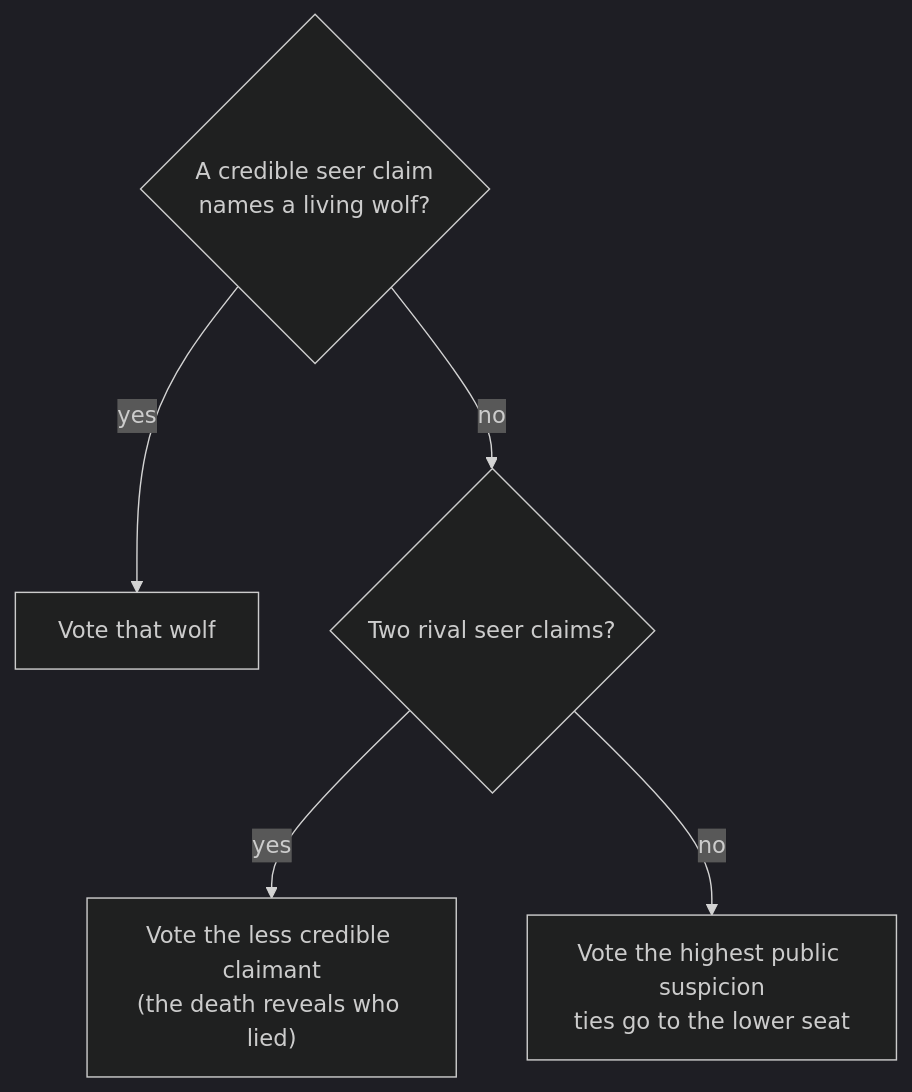
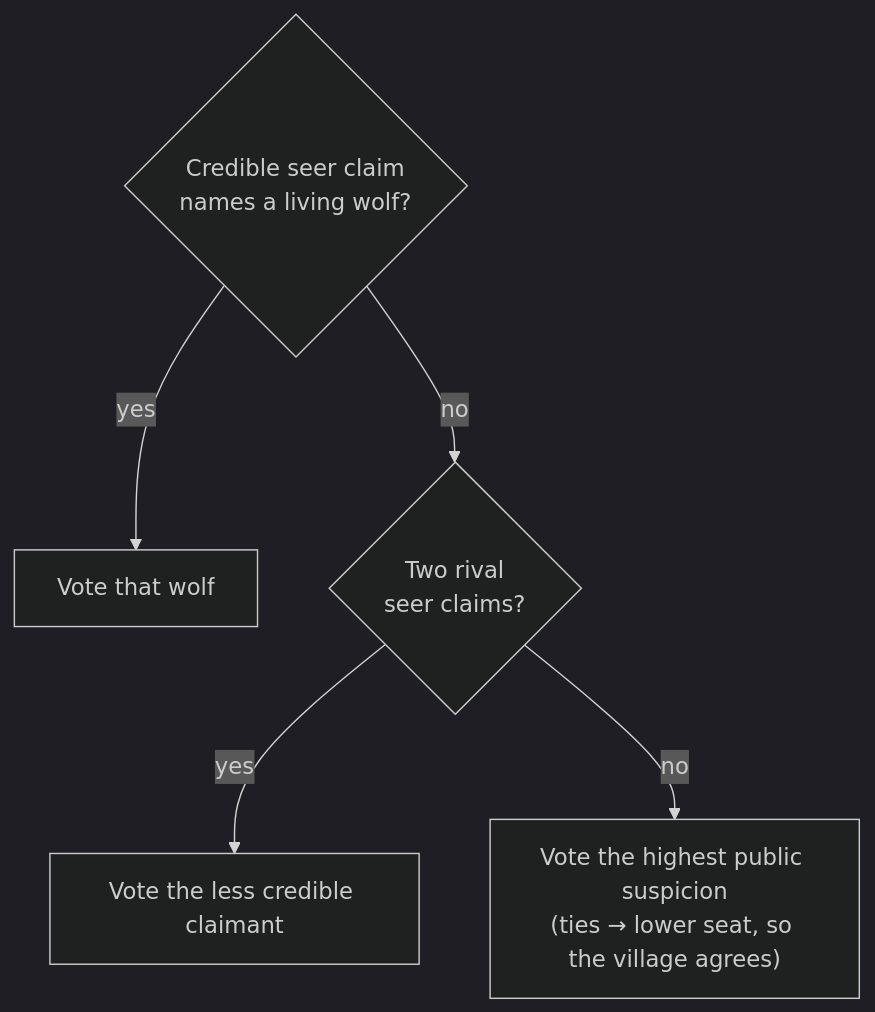
The third of 4 diagrams in PUBLIC_README.md (Astro-wen/ucla-agent-tournament), drawn with Mermaid (dark theme) before and after one commit. The commit also changed other lines of this file and 7 other files, not shown here.

````diff
--- a/PUBLIC_README.md
+++ b/PUBLIC_README.md
@@ -165,7 +86,7 @@
 ```mermaid
 flowchart TD
-    Q1{"A credible seer claim<br/>names a living wolf?"} -->|yes| A1["Vote that wolf"]
-    Q1 -->|no| Q2{"Two rival seer claims?"}
-    Q2 -->|yes| A2["Vote the less credible claimant<br/>(the death reveals who lied)"]
-    Q2 -->|no| A3["Vote the highest public suspicion<br/>ties go to the lower seat"]
+    Q1{"Credible seer claim<br/>names a living wolf?"} -->|yes| A1["Vote that wolf"]
+    Q1 -->|no| Q2{"Two rival<br/>seer claims?"}
+    Q2 -->|yes| A2["Vote the less credible claimant"]
+    Q2 -->|no| A3["Vote the highest public suspicion<br/>(ties → lower seat, so the village agrees)"]
 ```
````
